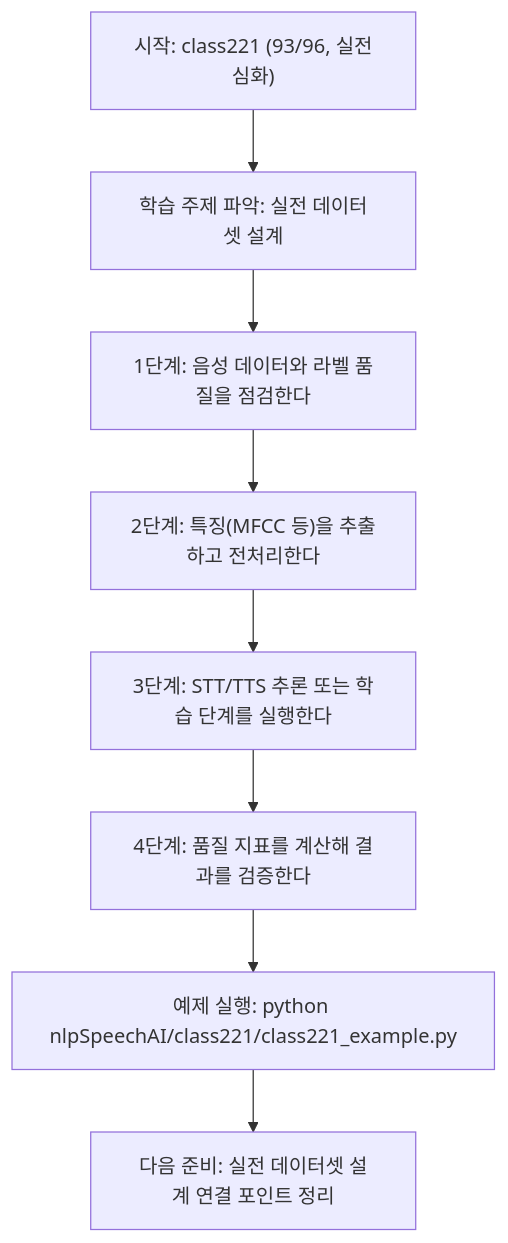
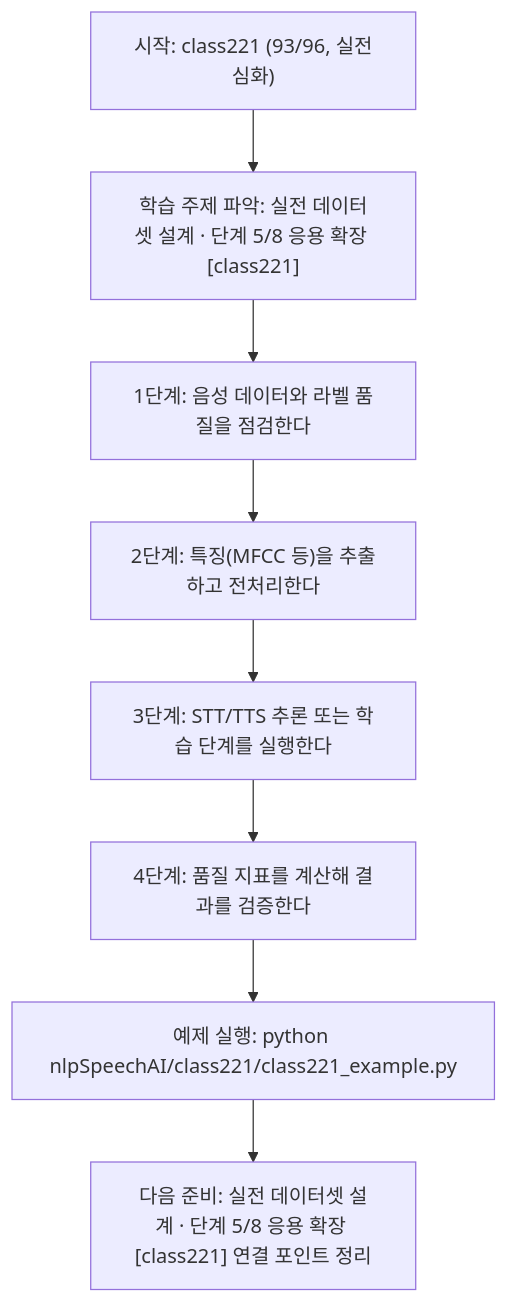
One commit to edumgt/Python-AI_Agent-Class changed the diagram in nlpSpeechAI/class221/class221.md. Above: the diagram before and after it, drawn with Mermaid. The commit also changed other lines of this file and 522 other files, not shown here.

````diff
--- a/nlpSpeechAI/class221/class221.md
+++ b/nlpSpeechAI/class221/class221.md
@@ -113,18 +114,18 @@
 ```mermaid
 flowchart TD
 N1["시작: class221 (93/96, 실전심화)"]
-N2["학습 주제 파악: 실전 데이터셋 설계"]
+N2["학습 주제 파악: 실전 데이터셋 설계 · 단계 5/8 응용 확장 [class221]"]
 N3["1단계: 음성 데이터와 라벨 품질을 점검한다"]
 N4["2단계: 특징(MFCC 등)을 추출하고 전처리한다"]
 N5["3단계: STT/TTS 추론 또는 학습 단계를 실행한다"]
 N6["4단계: 품질 지표를 계산해 결과를 검증한다"]
 N7["예제 실행: python nlpSpeechAI/class221/class221_example.py"]
-N8["다음 준비: 실전 데이터셋 설계 연결 포인트 정리"]
+N8["다음 준비: 실전 데이터셋 설계 · 단계 5/8 응용 확장 [class221] 연결 포인트 정리"]
 N1 --> N2
 N2 --> N3
 N3 --> N4
 N4 --> N5
 N5 --> N6
 N6 --> N7
 N7 --> N8
 ```
````
